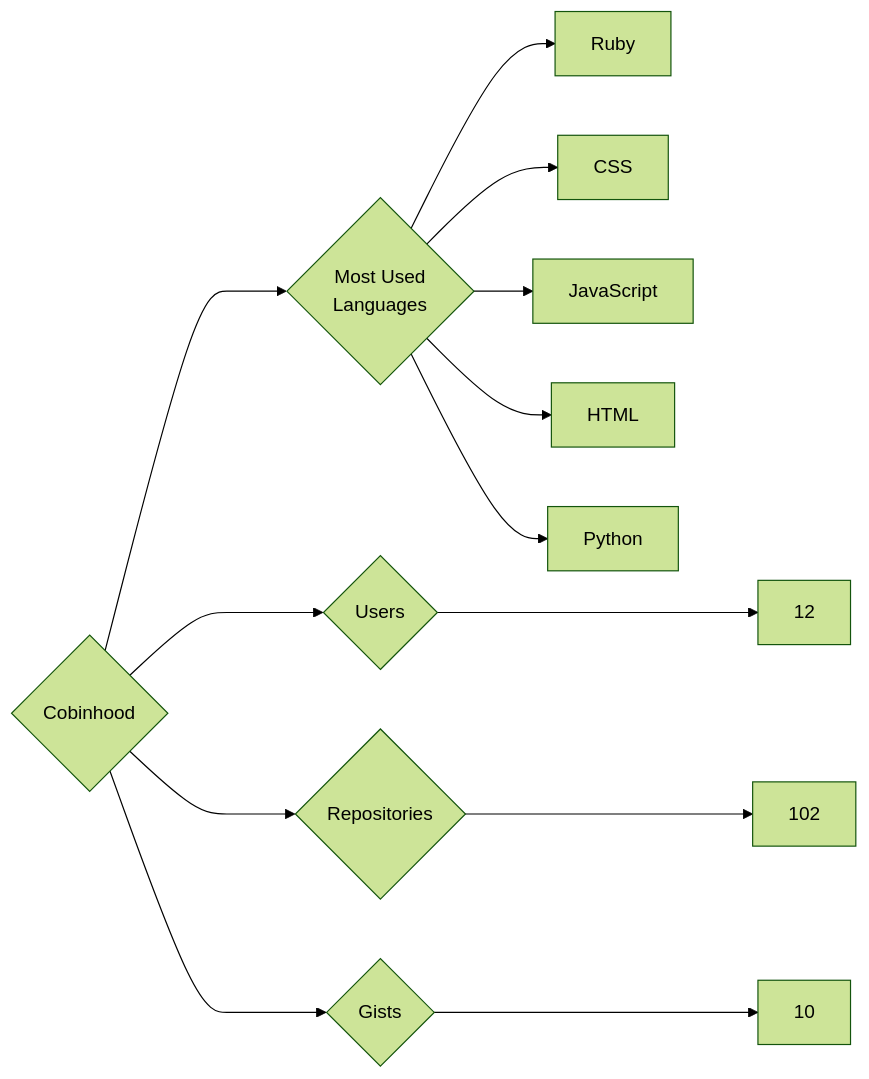
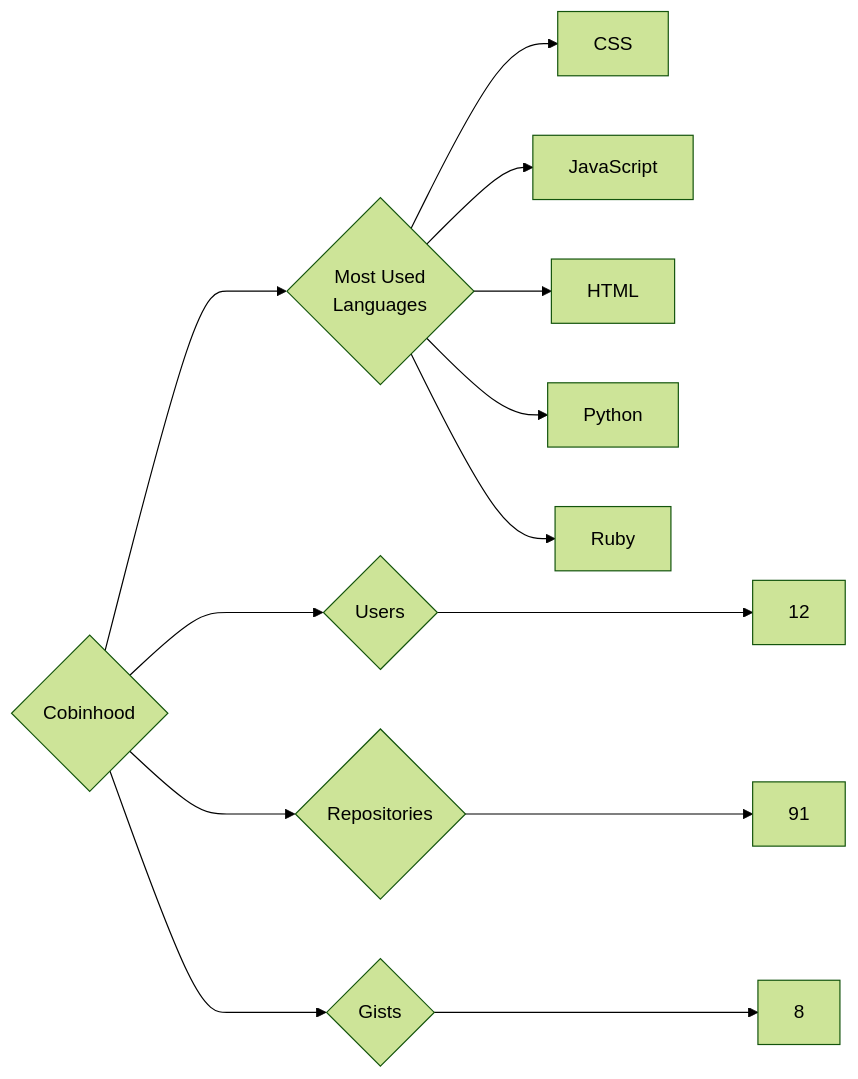
One commit to trickest/insiders changed the diagram in targets/Cobinhood/README.md. Above: the diagram before and after it, drawn with Mermaid (forest theme). The commit also changed 860 other files, not shown here.

````diff
--- a/targets/Cobinhood/README.md
+++ b/targets/Cobinhood/README.md
@@ -3,13 +3,13 @@
 ```mermaid
 graph LR
 COMPANY_NAME{Cobinhood}
 COMPANY_NAME ---> U{Users} ---> UN[12]
-COMPANY_NAME ---> R{Repositories} ---> RN[102]
-COMPANY_NAME ---> G{Gists} ---> GN[10]
+COMPANY_NAME ---> R{Repositories} ---> RN[91]
+COMPANY_NAME ---> G{Gists} ---> GN[8]
 COMPANY_NAME ---> ML{Most Used<br>Languages}
-ML --> Ruby[Ruby]
 ML --> CSS[CSS]
 ML --> JavaScript[JavaScript]
 ML --> HTML[HTML]
 ML --> Python[Python]
+ML --> Ruby[Ruby]
 ```
````
